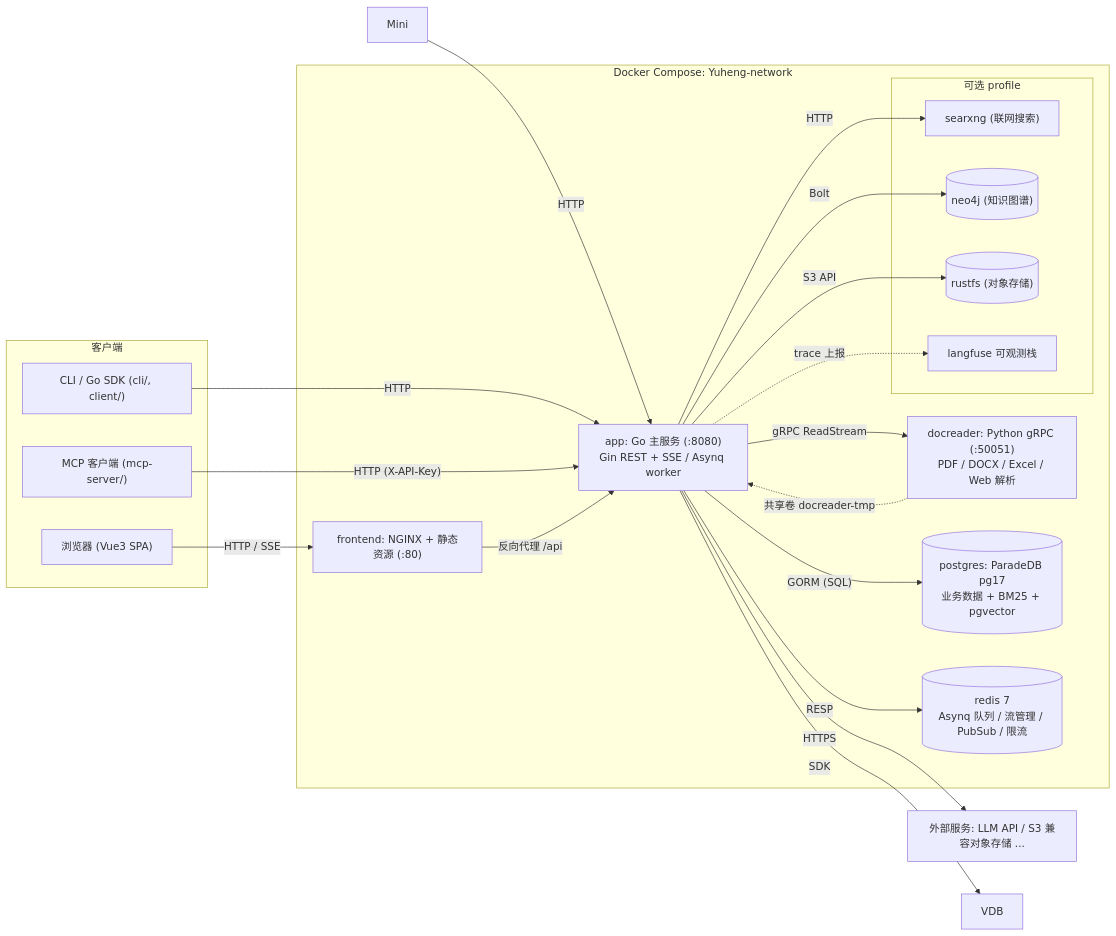
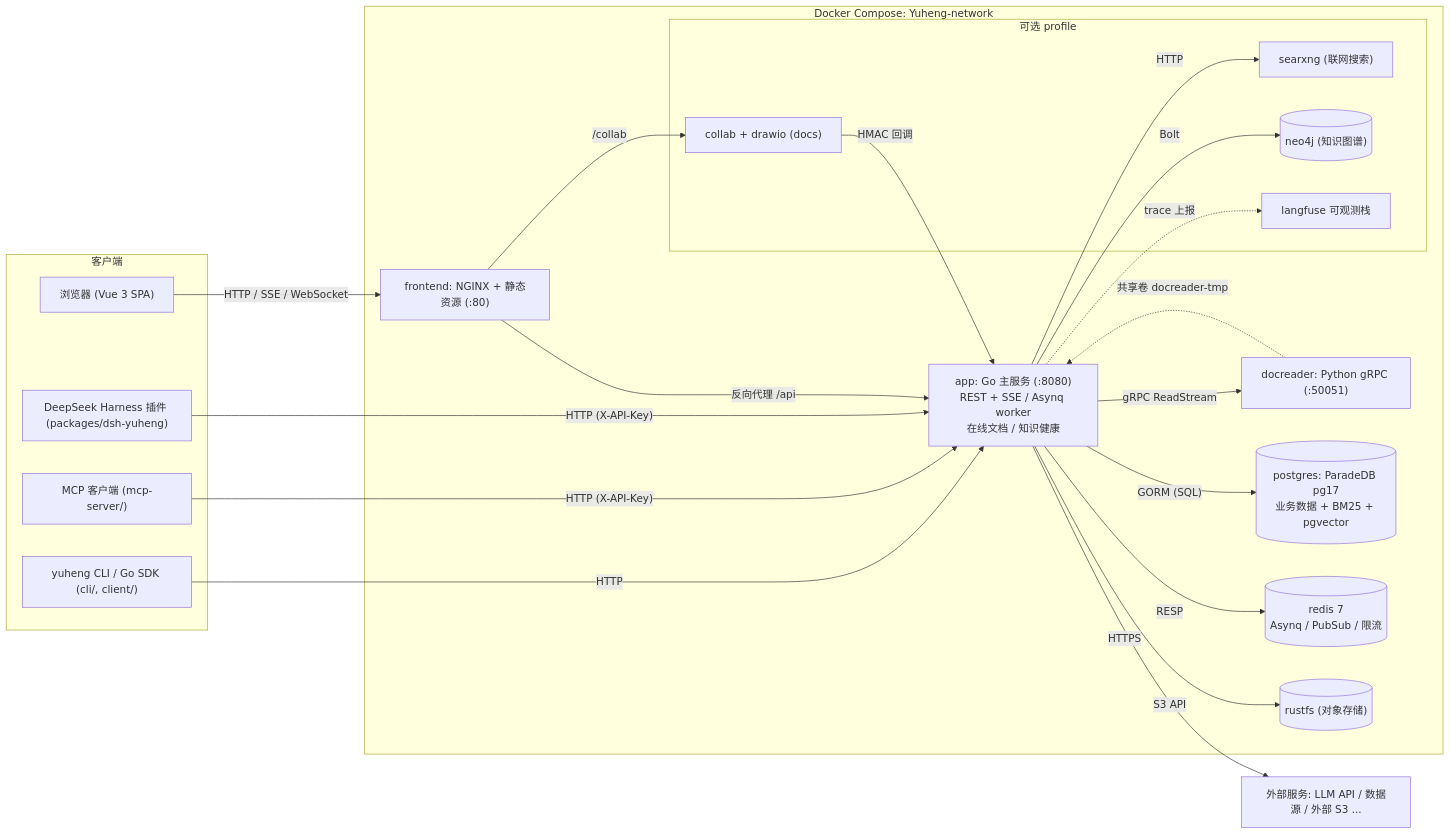
The first of 2 diagrams in website-docs/02-architecture/01-overview.md (magicyuan876/Yuheng), drawn with Mermaid before and after one commit. The commit also changed other lines of this file and 11 other files, not shown here.

First line of the commit message:
docs(site): getting started and architecture checked against the code

````diff
--- a/website-docs/02-architecture/01-overview.md
+++ b/website-docs/02-architecture/01-overview.md
@@ -80,40 +85,43 @@
 ```mermaid
 graph LR
     subgraph Clients["客户端"]
-        Browser["浏览器 (Vue3 SPA)"]
-        CLI["CLI / Go SDK (cli/, client/)"]
+        Browser["浏览器 (Vue 3 SPA)"]
+        CLI["yuheng CLI / Go SDK (cli/, client/)"]
         MCPC["MCP 客户端 (mcp-server/)"]
+        DSH["DeepSeek Harness 插件 (packages/dsh-yuheng)"]
     end
 
     subgraph Compose["Docker Compose: Yuheng-network"]
         FE["frontend: NGINX + 静态资源 (:80)"]
-        APP["app: Go 主服务 (:8080)<br/>Gin REST + SSE / Asynq worker"]
-        DR["docreader: Python gRPC (:50051)<br/>PDF / DOCX / Excel / Web 解析"]
+        APP["app: Go 主服务 (:8080)<br/>REST + SSE / Asynq worker<br/>在线文档 / 知识健康"]
+        DR["docreader: Python gRPC (:50051)"]
         PG[("postgres: ParadeDB pg17<br/>业务数据 + BM25 + pgvector")]
-        RD[("redis 7<br/>Asynq 队列 / 流管理 / PubSub / 限流")]
+        RD[("redis 7<br/>Asynq / PubSub / 限流")]
+        RUSTFS[("rustfs (对象存储)")]
         subgraph Optional["可选 profile"]
+            COLLAB["collab + drawio (docs)"]
             SX["searxng (联网搜索)"]
             NEO[("neo4j (知识图谱)")]
-            RUSTFS[("rustfs (对象存储)")]
             LF["langfuse 可观测栈"]
         end
     end
 
-    EXT["外部服务: LLM API / S3 兼容对象存储 ..."]
+    EXT["外部服务: LLM API / 数据源 / 外部 S3 ..."]
 
-    Browser -->|"HTTP / SSE"| FE
-    Mini -->|"HTTP"| APP
+    Browser -->|"HTTP / SSE / WebSocket"| FE
     CLI -->|"HTTP"| APP
     MCPC -->|"HTTP (X-API-Key)"| APP
+    DSH -->|"HTTP (X-API-Key)"| APP
     FE -->|"反向代理 /api"| APP
+    FE -->|"/collab"| COLLAB
+    COLLAB -->|"HMAC 回调"| APP
     APP -->|"gRPC ReadStream"| DR
     APP -->|"GORM (SQL)"| PG
     APP -->|"RESP"| RD
+    APP -->|"S3 API"| RUSTFS
     APP -->|"HTTP"| SX
     APP -->|"Bolt"| NEO
-    APP -->|"SDK"| VDB
-    APP -->|"S3 API"| RUSTFS
     APP -->|"HTTPS"| EXT
     APP -.->|"trace 上报"| LF
     DR -.->|"共享卷 docreader-tmp"| APP
 ```
````
